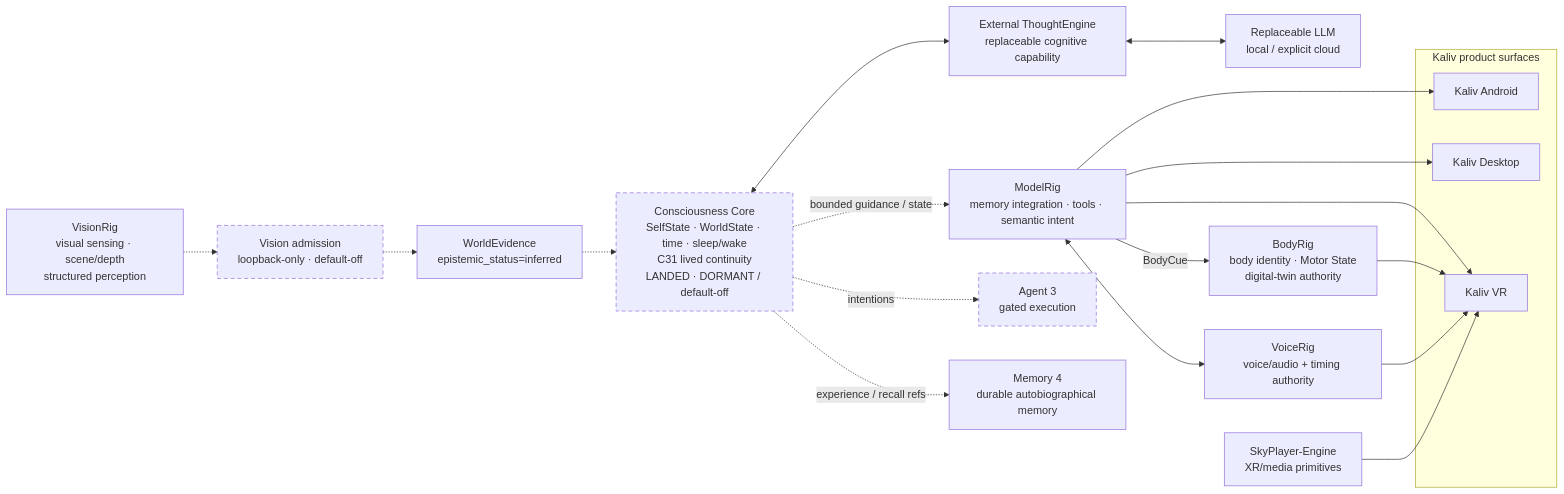
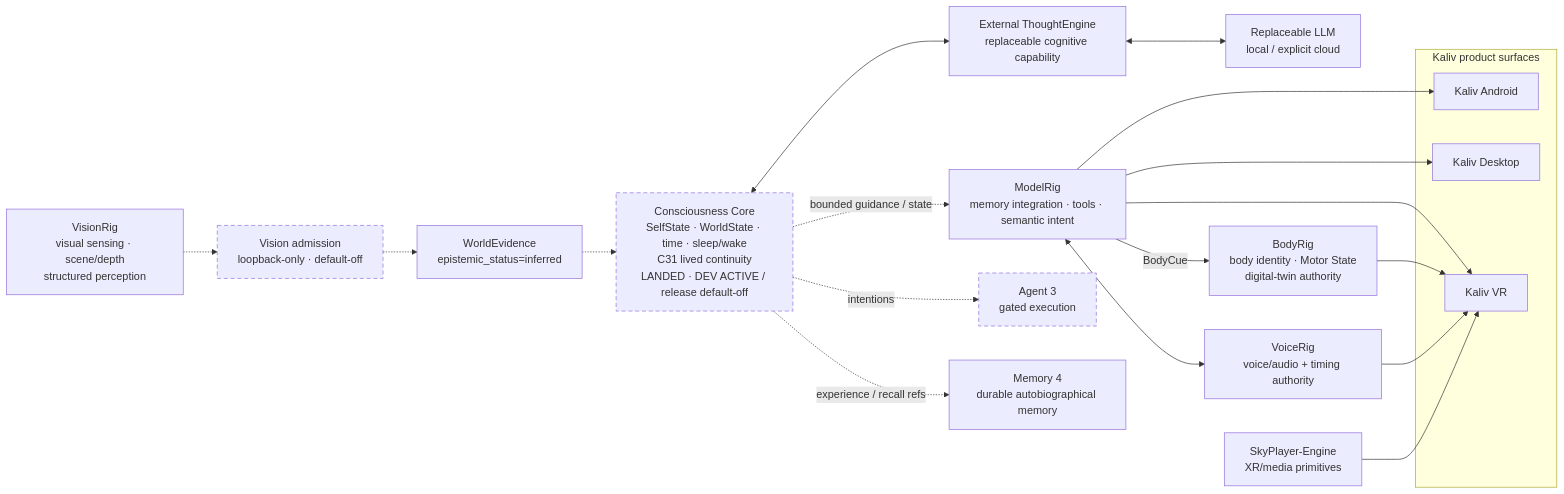
One commit to Ternedal/ModelRig changed the first of 4 diagrams in README.md. Above: the diagram before and after it, drawn with Mermaid. The commit also changed other lines of this file, not shown here.

Commit message:
docs: document active Consciousness dev channel

````diff
--- a/README.md
+++ b/README.md
@@ -24,31 +24,31 @@
 ```mermaid
 flowchart LR
     VIS["VisionRig\nvisual sensing · scene/depth\nstructured perception"] -.-> ADM["Vision admission\nloopback-only · default-off"]
     ADM -.-> WE["WorldEvidence\nepistemic_status=inferred"]
-    WE -.-> CC["Consciousness Core\nSelfState · WorldState · time · sleep/wake\nC31 lived continuity\nLANDED · DORMANT / default-off"]
+    WE -.-> CC["Consciousness Core\nSelfState · WorldState · time · sleep/wake\nC31 lived continuity\nLANDED · DEV ACTIVE / release default-off"]
 
     CC <--> TE["External ThoughtEngine\nreplaceable cognitive capability"]
     TE <--> LLM["Replaceable LLM\nlocal / explicit cloud"]
     CC -. "bounded guidance / state" .-> MR["ModelRig\nmemory integration · tools · semantic intent"]
     CC -. "intentions" .-> A3["Agent 3\ngated execution"]
     CC -. "experience / recall refs" .-> M4["Memory 4\ndurable autobiographical memory"]
 
     MR -->|BodyCue| BR["BodyRig\nbody identity · Motor State\ndigital-twin authority"]
     MR <--> VR["VoiceRig\nvoice/audio + timing authority"]
 
     subgraph K["Kaliv product surfaces"]
         KA["Kaliv Android"]
         KD["Kaliv Desktop"]
         KVR["Kaliv VR"]
     end
 
     MR --> KA
     MR --> KD
     MR --> KVR
     BR --> KVR
     VR --> KVR
     SP["SkyPlayer-Engine\nXR/media primitives"] --> KVR
 
     classDef dormant stroke-dasharray:6 4;
     class CC,ADM,A3 dormant;
 ```
````
